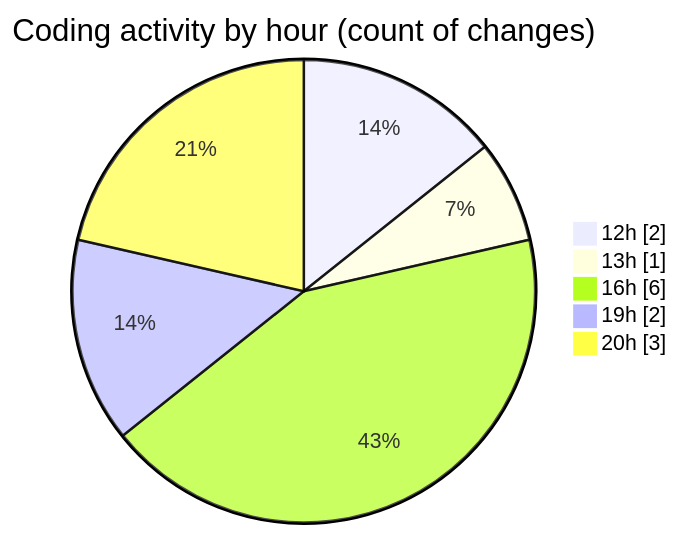
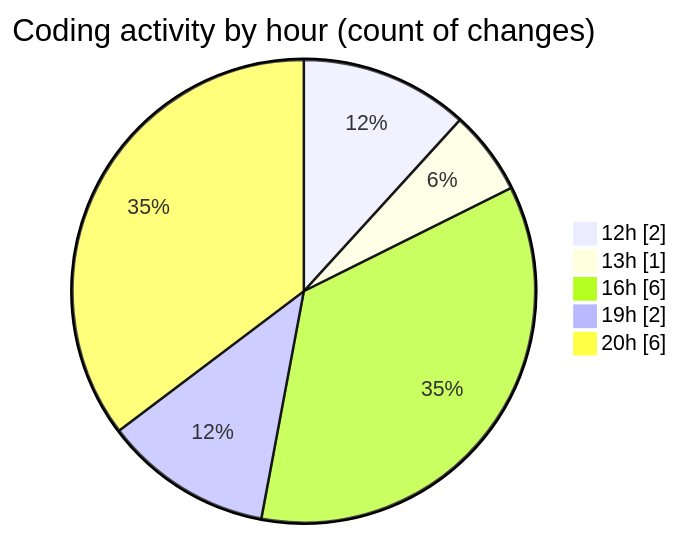
Before and after one commit to EIIisD/code-tracking: the second of 2 diagrams in 2025-08-03/macrowhisper/README.md, drawn with Mermaid. The commit also changed other lines of this file and 1 other file, not shown here.

````diff
--- a/2025-08-03/macrowhisper/README.md
+++ b/2025-08-03/macrowhisper/README.md
@@ -31,9 +31,9 @@
 ```mermaid
 pie showData
 title Coding activity by hour (count of changes)
 "12h" : 2
 "13h" : 1
 "16h" : 6
 "19h" : 2
-"20h" : 3
+"20h" : 6
 ```
````
